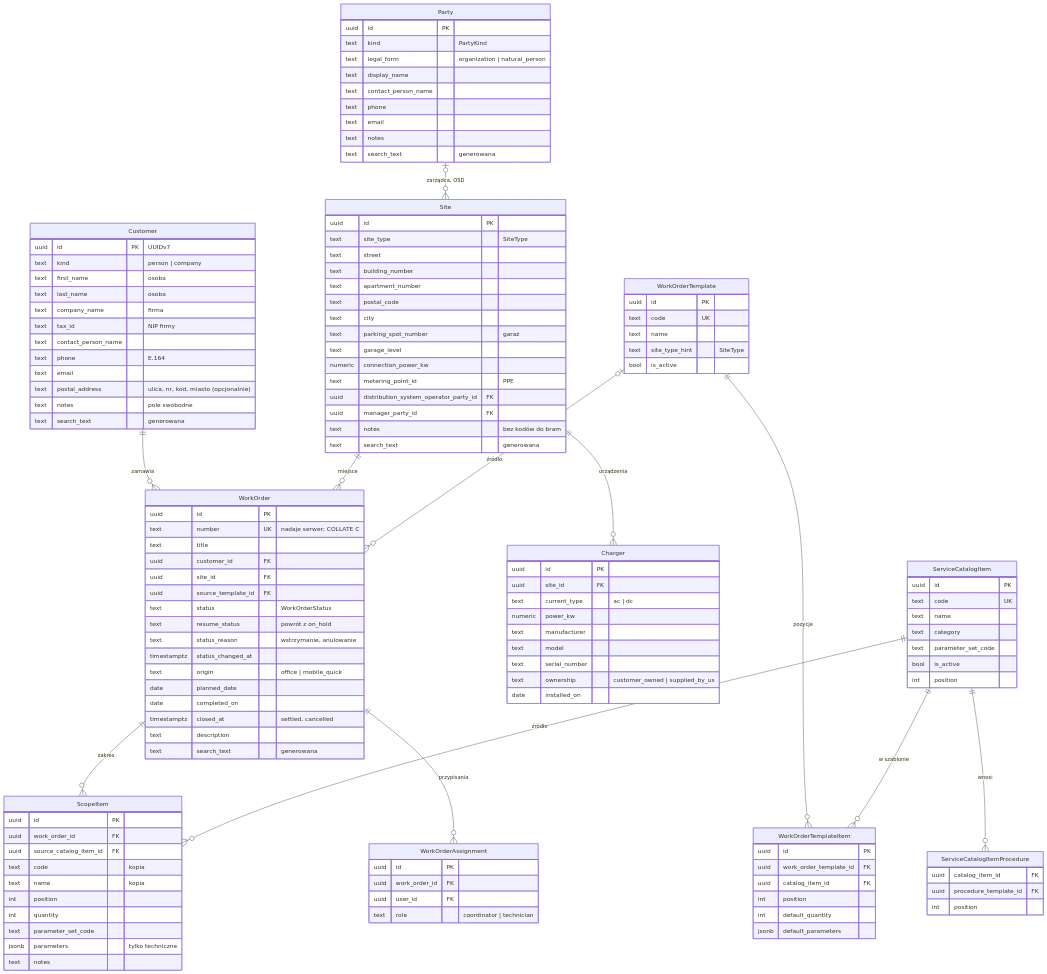
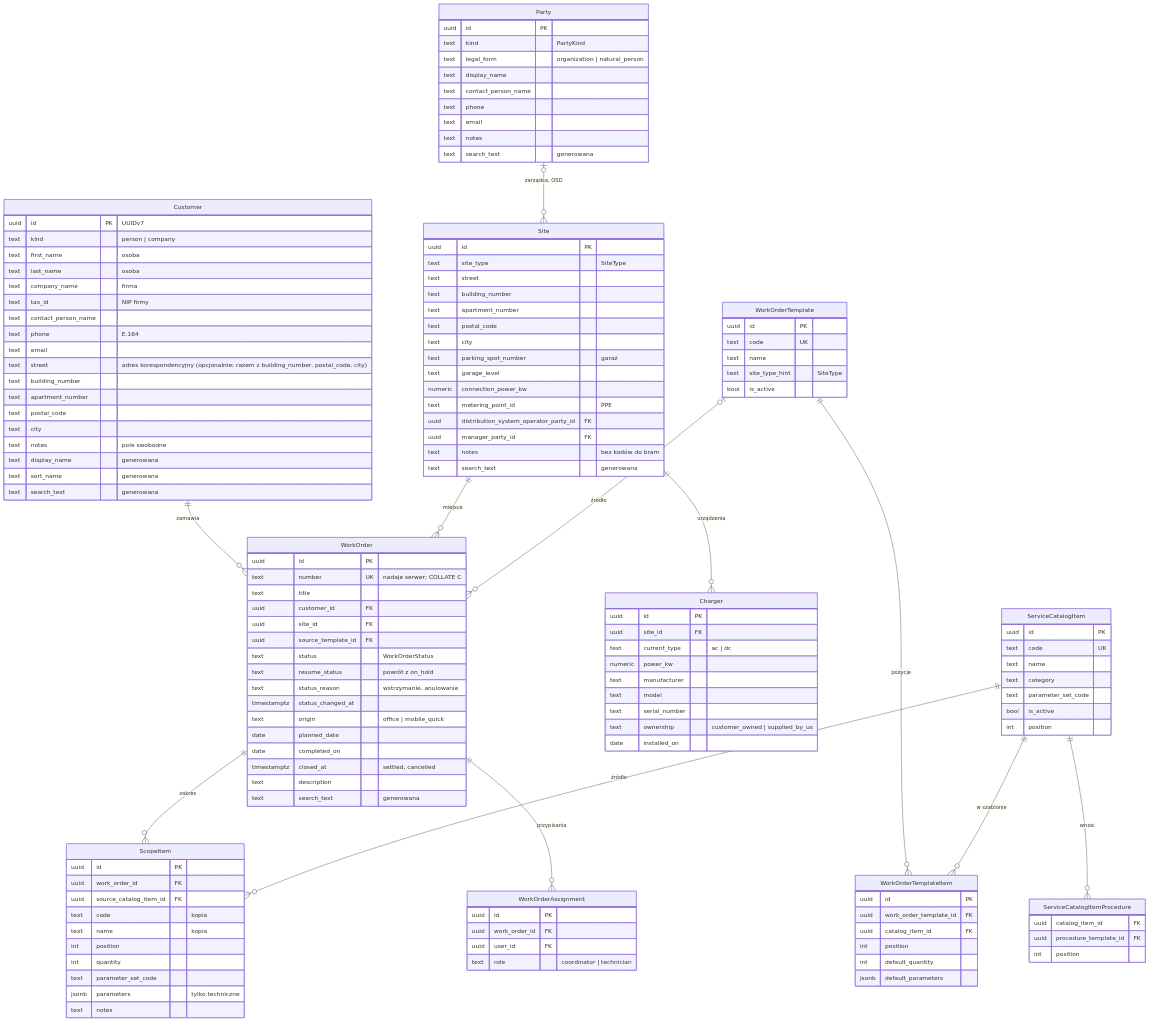
Before and after one commit to konradkluz/evia-manager: the second of 8 diagrams in docs/architecture/domain-model.md, drawn with Mermaid. The commit also changed other lines of this file and 4 other files, not shown here.

```diff
--- a/docs/architecture/domain-model.md
+++ b/docs/architecture/domain-model.md
@@ -185,8 +185,14 @@
     text contact_person_name
     text phone "E.164"
     text email
-    text postal_address "ulica, nr, kod, miasto (opcjonalnie)"
+    text street "adres korespondencyjny (opcjonalnie; razem z building_number, postal_code, city)"
+    text building_number
+    text apartment_number
+    text postal_code
+    text city
     text notes "pole swobodne"
+    text display_name "generowana"
+    text sort_name "generowana"
     text search_text "generowana"
   }
   Site {
```
